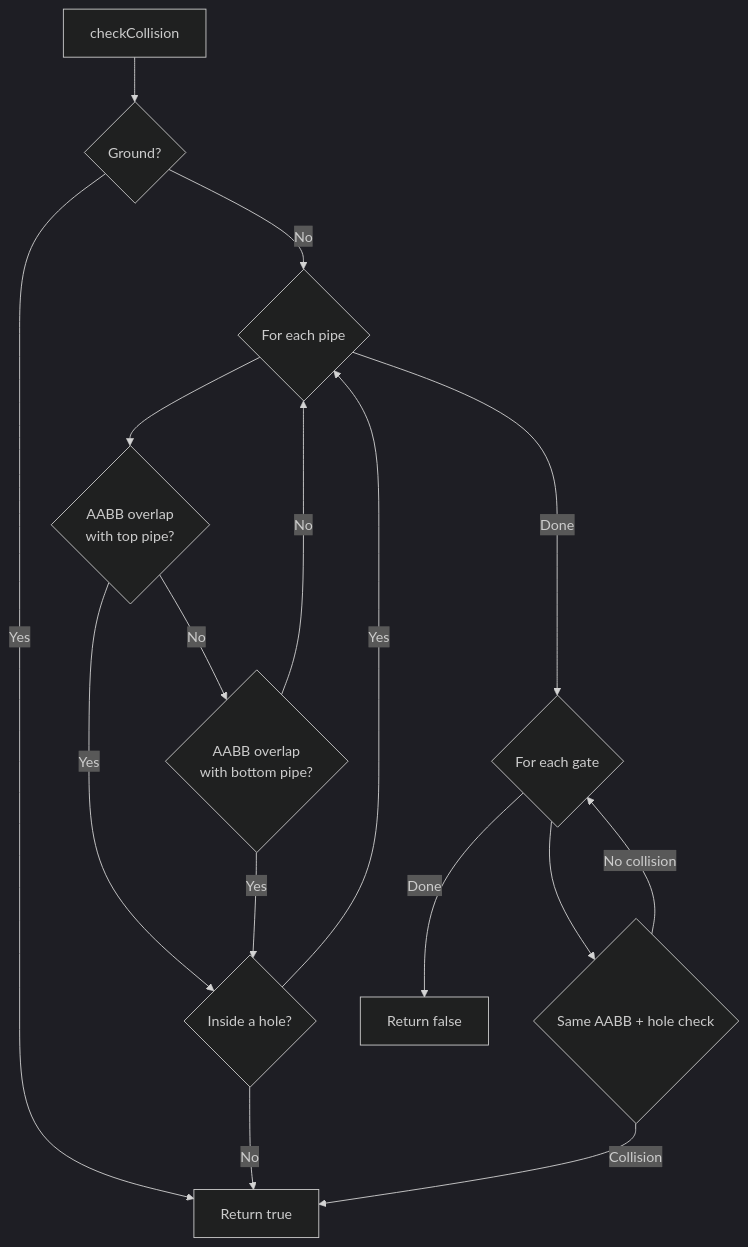
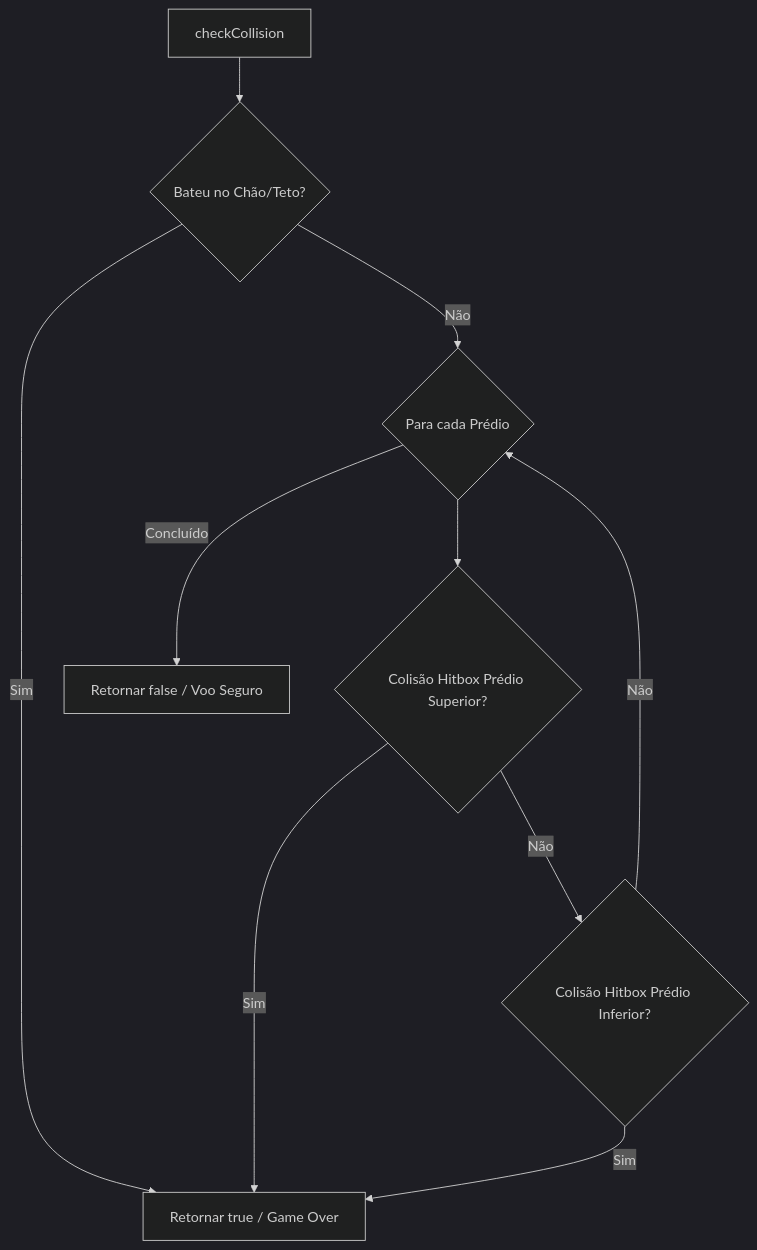
One commit to camialmeidas/camikaze-flappy-game changed the fifth of 6 diagrams in README.md. Above: the diagram before and after it, drawn with Mermaid (dark theme). The commit also changed other lines of this file and 2 other files, not shown here.

````diff
--- a/README.md
+++ b/README.md
@@ -130,18 +133,12 @@
 ```mermaid
 flowchart TD
-    A[checkCollision] --> B{Ground?}
-    B -->|Yes| C[Return true]
-    B -->|No| D{For each pipe}
-    D --> E{AABB overlap<br/>with top pipe?}
-    E -->|Yes| F{Inside a hole?}
-    F -->|Yes| D
-    F -->|No| C
-    E -->|No| G{AABB overlap<br/>with bottom pipe?}
-    G -->|Yes| F
-    G -->|No| D
-    D -->|Done| H{For each gate}
-    H --> I{Same AABB + hole check}
-    I -->|Collision| C
-    I -->|No collision| H
-    H -->|Done| J[Return false]
+    A["checkCollision"] --> B{Bateu no Chão/Teto?}
+    B -->|Sim| C["Retornar true / Game Over"]
+    B -->|Não| D{Para cada Prédio}
+    D --> E{Colisão Hitbox Prédio Superior?}
+    E -->|Sim| C
+    E -->|Não| G{Colisão Hitbox Prédio Inferior?}
+    G -->|Sim| C
+    G -->|Não| D
+    D -->|Concluído| J["Retornar false / Voo Seguro"]
 ```
````
